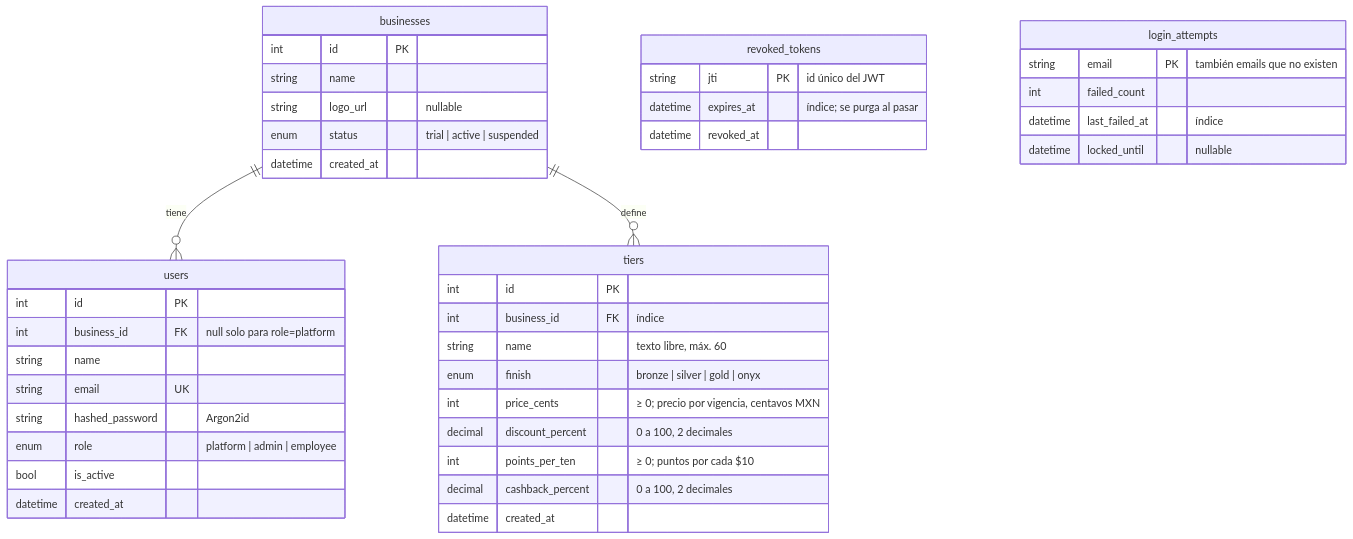
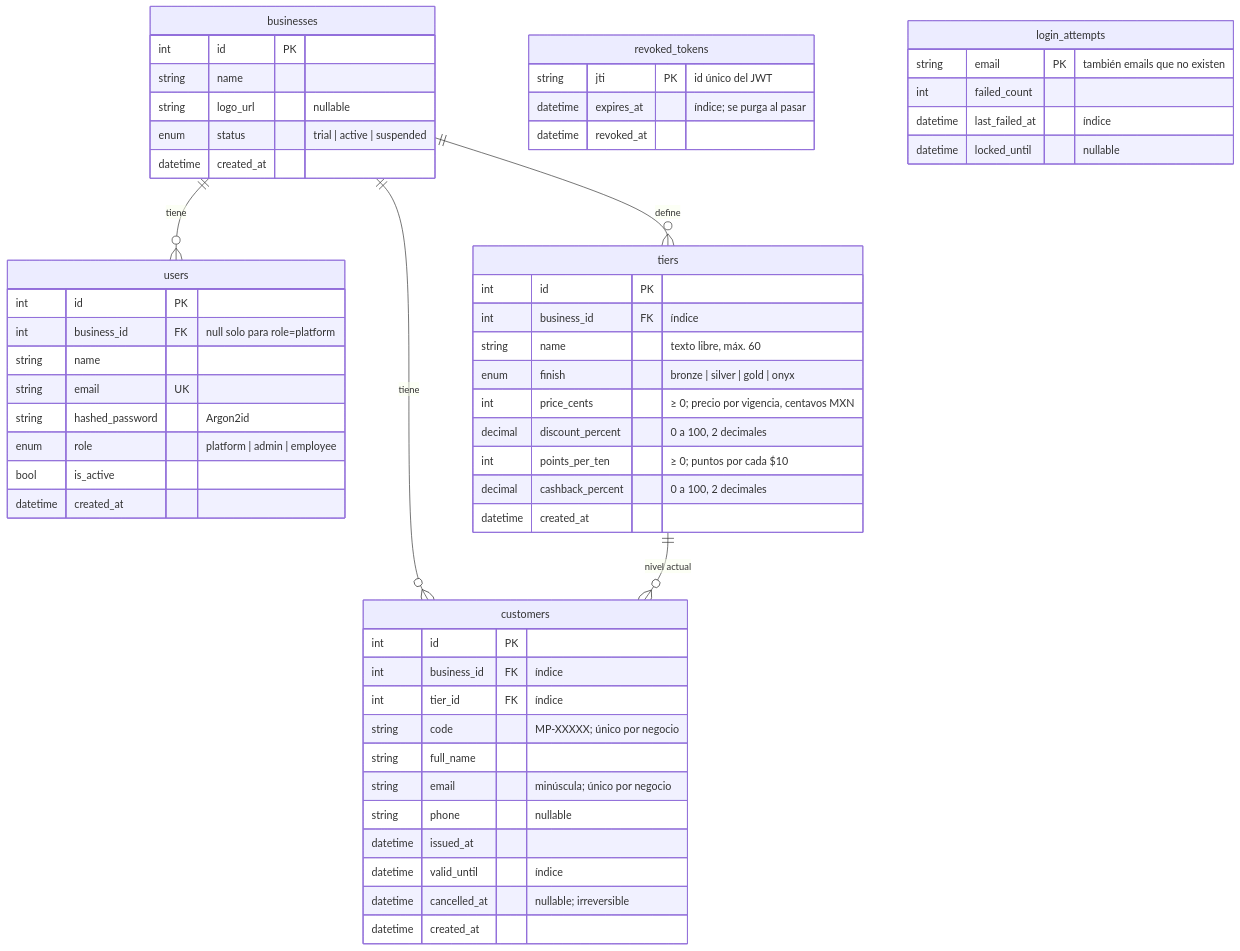
Before and after one commit to AGA-Studio/Member-Web: the third of 13 diagrams in docs/ARCHITECTURE.md, drawn with Mermaid. The commit also changed other lines of this file and 1 other file, not shown here.

````diff
--- a/docs/ARCHITECTURE.md
+++ b/docs/ARCHITECTURE.md
@@ -91,49 +96,65 @@
 ```mermaid
 erDiagram
     businesses ||--o{ users : "tiene"
     businesses ||--o{ tiers : "define"
+    businesses ||--o{ customers : "tiene"
+    tiers ||--o{ customers : "nivel actual"
 
     businesses {
         int id PK
         string name
         string logo_url "nullable"
         enum status "trial | active | suspended"
         datetime created_at
     }
 
     users {
         int id PK
         int business_id FK "null solo para role=platform"
         string name
         string email UK
         string hashed_password "Argon2id"
         enum role "platform | admin | employee"
         bool is_active
+        datetime created_at
+    }
+
+    customers {
+        int id PK
+        int business_id FK "índice"
+        int tier_id FK "índice"
+        string code "MP-XXXXX; único por negocio"
+        string full_name
+        string email "minúscula; único por negocio"
+        string phone "nullable"
+        datetime issued_at
+        datetime valid_until "índice"
+        datetime cancelled_at "nullable; irreversible"
         datetime created_at
     }
 
     tiers {
         int id PK
         int business_id FK "índice"
         string name "texto libre, máx. 60"
         enum finish "bronze | silver | gold | onyx"
         int price_cents "≥ 0; precio por vigencia, centavos MXN"
         decimal discount_percent "0 a 100, 2 decimales"
         int points_per_ten "≥ 0; puntos por cada $10"
         decimal cashback_percent "0 a 100, 2 decimales"
         datetime created_at
     }
 
     revoked_tokens {
         string jti PK "id único del JWT"
         datetime expires_at "índice; se purga al pasar"
         datetime revoked_at
     }
 
     login_attempts {
         string email PK "también emails que no existen"
         int failed_count
         datetime last_failed_at "índice"
         datetime locked_until "nullable"
     }
 ```
````
